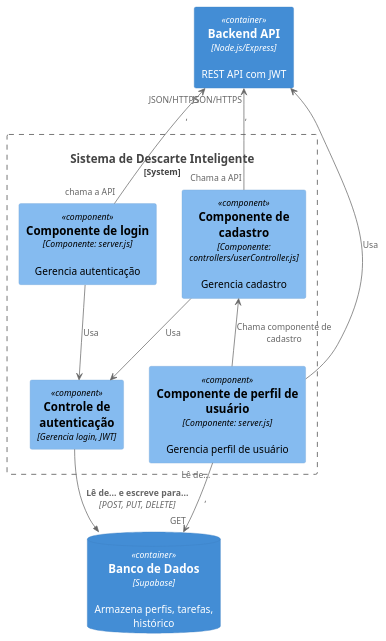
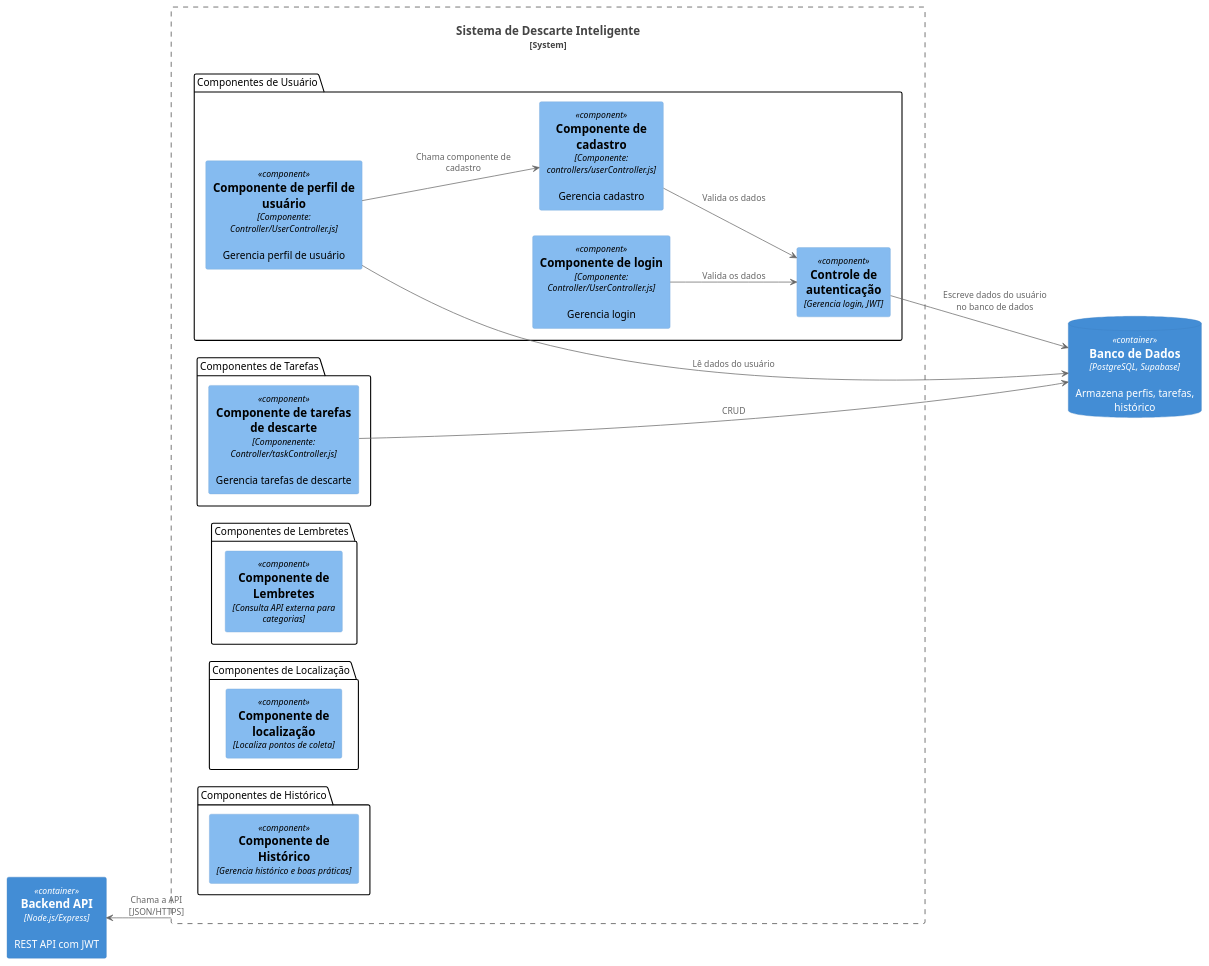
Before and after one commit to vitorotto/Faccat_Backend_G1: the diagram in diagramasC4/componentes.puml, drawn with PlantUML.

Commit message:
ATT: Diagrama de componentes

```diff
--- a/diagramasC4/componentes.puml
+++ b/diagramasC4/componentes.puml
@@ -1,40 +1,56 @@
 @startuml c4_component
 !includeurl https://raw.githubusercontent.com/plantuml-stdlib/C4-PlantUML/master/C4_Component.puml
 
 Container(api, "Backend API", "Node.js/Express", "REST API com JWT")
 
 System_Boundary(system, "Sistema de Descarte Inteligente") {
-    
-    Component(signUp, "Componente de cadastro", "Componente: controllers/userController.js", "Gerencia cadastro")
-    Component(signInServer, "Componente de login", "Componente: server.js", "Gerencia autenticação")
-    Component(authController, "Controle de autenticação", "Gerencia login, JWT")
-    Component(userProfileService, "Componente de perfil de usuário", "Componente: server.js", "Gerencia perfil de usuário")
-    ' Component(taskService, "Componente de tarefas de descarte", "Gerencia tarefas de descarte")
-    ' Component(suggestionService, "Componente de Lemtretes", "Consulta API externa para categorias")
-    ' Component(locationService, "Componente de localização", "Localiza pontos de coleta")
-    ' Component(historyService, "Componente de Histórico", "Gerencia histórico e boas práticas")
+    left to right direction
+    ' Componentes de Login
+    package "Componentes de Usuário" {
+        Component(signInServer, "Componente de login", "Componente: Controller/UserController.js", "Gerencia login")
+        Component(signUp, "Componente de cadastro", "Componente: controllers/userController.js", "Gerencia cadastro")
+        Component(authController, "Controle de autenticação", "Gerencia login, JWT")
+        Component(userProfileService, "Componente de perfil de usuário", "Componente: Controller/UserController.js", "Gerencia perfil de usuário")
+    }
+
+    ' Componentes de Tarefas
+    package "Componentes de Tarefas" {
+        Component(taskService, "Componente de tarefas de descarte", "Componenente: Controller/taskController.js", "Gerencia tarefas de descarte")
+    }
+
+    ' Componentes de Lembretes (comentados por enquanto)
+    package "Componentes de Lembretes" {
+        Component(suggestionService, "Componente de Lembretes", "Consulta API externa para categorias")
+    }
+
+    ' Componentes de Localização (comentados por enquanto)
+    package "Componentes de Localização" {
+        Component(locationService, "Componente de localização", "Localiza pontos de coleta")
+    }
+
+    ' Componentes de Histórico (comentados por enquanto)
+    package "Componentes de Histórico" {
+        Component(historyService, "Componente de Histórico", "Gerencia histórico e boas práticas")
+    }
 }
 
-ContainerDb(db, "Banco de Dados", "Supabase", "Armazena perfis, tarefas, histórico")
+ContainerDb(db, "Banco de Dados", "PostgreSQL, Supabase", "Armazena perfis, tarefas, histórico")
+system -up-> api : "Chama a API [JSON/HTTPS]"
 
 ' Componente de cadastro
-signUp -up-> api : "Chama a API", "JSON/HTTPS"
-signUp -down-> authController : "Usa"
+signUp -down-> authController : "Valida os dados"
 
 ' Componente de login
-signInServer -up-> api : "chama a API", "JSON/HTTPS"
-signInServer -down-> authController : "Usa"
+signInServer -down-> authController : "Valida os dados"
+
+authController -down-> db : "Escreve dados do usuário no banco de dados"
 
 ' Gerenciamanto de perfil chama cadastro para editar dados
-userProfileService -right-> api : "Usa"
-userProfileService -> db : "Lê de...", "GET"
-userProfileService -up-> signUp : "Chama componente de cadastro"
-' Rel(api, taskService, "Usa")
-' Rel(api, suggestionService, "Usa")
-' Rel(api, locationService, "Usa")
-' Rel(api, historyService, "Usa")
+userProfileService -> db : "Lê dados do usuário"
+userProfileService -down-> signUp : "Chama componente de cadastro"
+
+' Registrar tarefas de descarte (ex: "levar eletrônico ao ponto de coleta").
+taskService --> db : "CRUD"
 
 
-Rel(authController, db, "Lê de... e escreve para...", "POST, PUT, DELETE")
-
 @enduml
```
